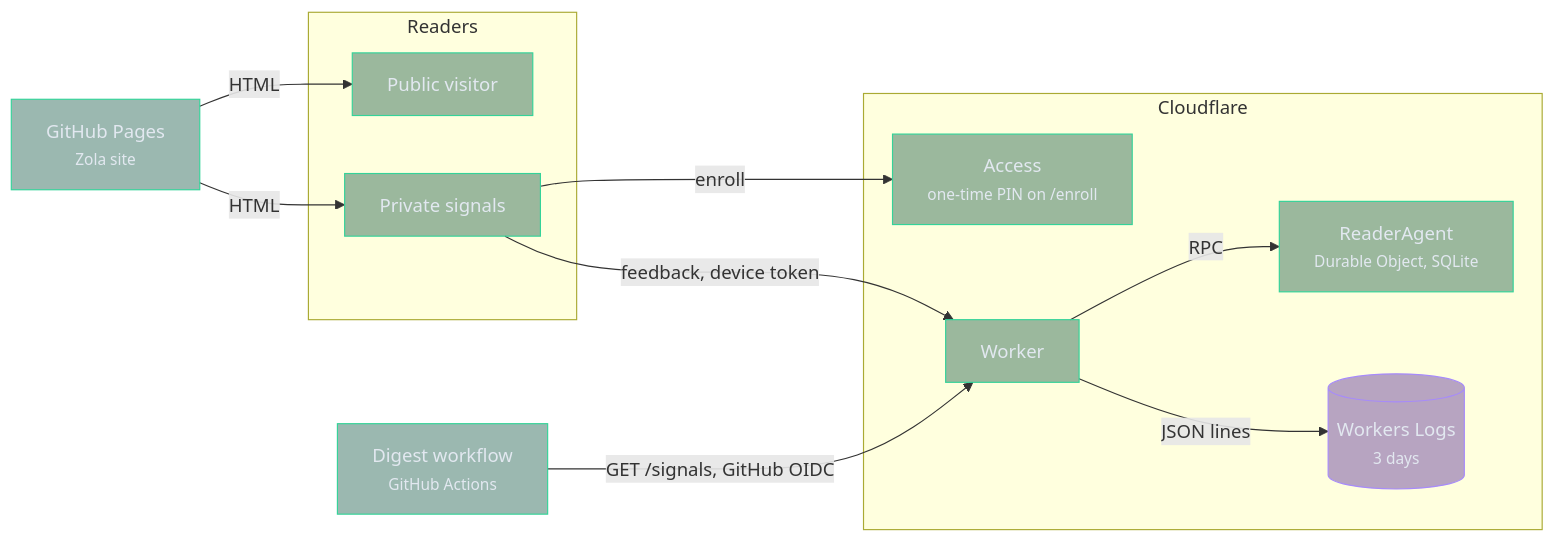
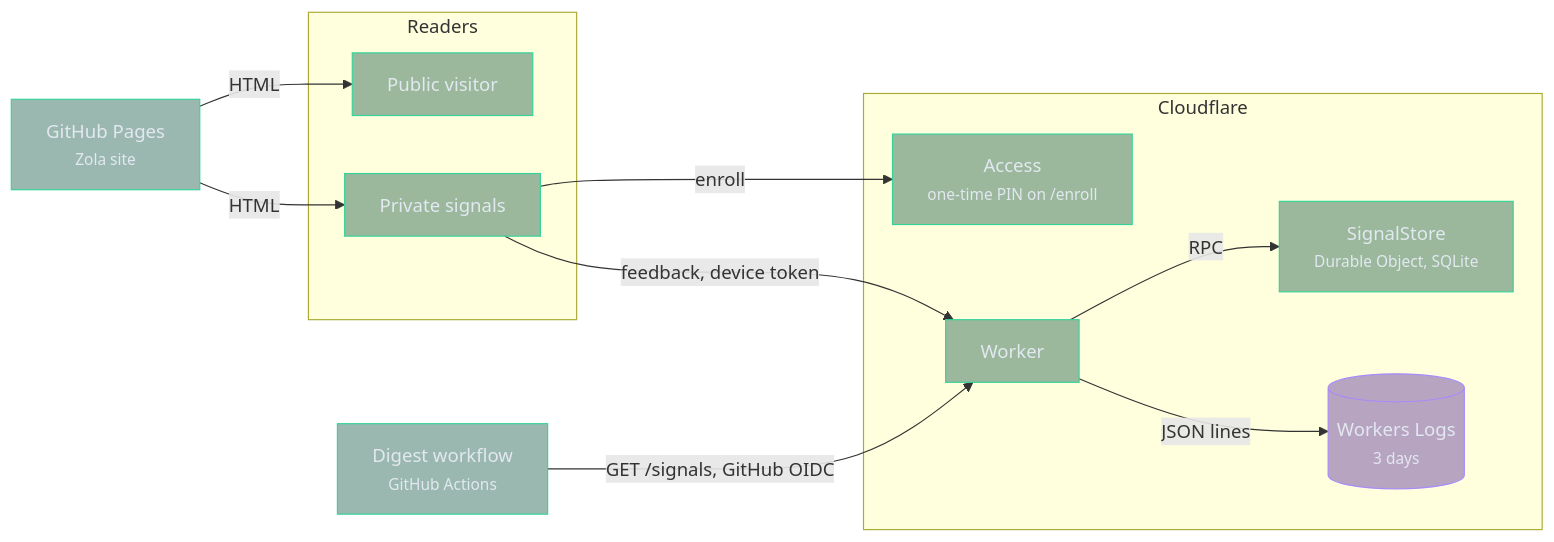
Before and after one commit to xkef/swe-digest: the diagram in signals/README.md, drawn with Mermaid. The commit also changed other lines of this file and 15 other files, not shown here.

First line of the commit message:
refactor(signals): rename ReaderAgent to SignalStore

````diff
--- a/signals/README.md
+++ b/signals/README.md
@@ -10,31 +10,31 @@
 ```mermaid
 flowchart LR
   subgraph clients [Readers]
     visitor["Public visitor"]
     owner["Private signals"]
   end
 
   pages["GitHub Pages<br/><small>Zola site</small>"]
 
   subgraph cf [Cloudflare]
     access["Access<br/><small>one-time PIN on /enroll</small>"]
     worker["Worker"]
-    agent["ReaderAgent<br/><small>Durable Object, SQLite</small>"]
+    store["SignalStore<br/><small>Durable Object, SQLite</small>"]
     logs[("Workers Logs<br/><small>3 days</small>")]
   end
 
   runs["Digest workflow<br/><small>GitHub Actions</small>"]
 
   pages -- "HTML" --> visitor
   pages -- "HTML" --> owner
   owner -- "enroll" --> access
   owner -- "feedback, device token" --> worker
-  worker -- "RPC" --> agent
+  worker -- "RPC" --> store
   worker -- "JSON lines" --> logs
   runs -- "GET /signals, GitHub OIDC" --> worker
 
   classDef live fill:#064e3b66,stroke:#34d399,color:#e2e8f0
   classDef store fill:#4c1d9566,stroke:#a78bfa,color:#e2e8f0
-  class visitor,pages,owner,access,worker,agent,runs live
+  class visitor,pages,owner,access,worker,store,runs live
   class logs store
 ```
````
